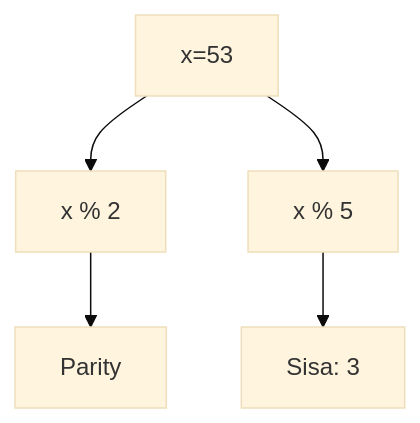
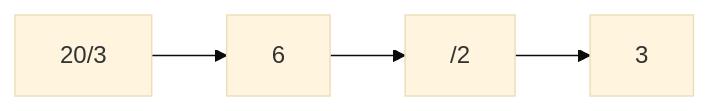
The fifth of 25 diagrams in part-c-pemahaman-cpp/03-perulangan/latihan/set-11.md (amnahwaida/OSNK_INF_PREP), drawn with Mermaid (base theme) before and after one commit. The commit also changed other lines of this file and 71 other files, not shown here.

Commit message:
Fixed Mermaid syntax lexical errors with quoted labels in 1,800 questions

````diff
--- a/part-c-pemahaman-cpp/03-perulangan/latihan/set-11.md
+++ b/part-c-pemahaman-cpp/03-perulangan/latihan/set-11.md
@@ -85,7 +148,6 @@
 ```mermaid
-graph TD
-A[x=53] --> B[x % 2]
-B --> C[Parity]
-A --> D[x % 5]
-D --> E[Sisa: 3]
+graph LR
+A["20/3"] --> B["6"]
+B --> C["/2"]
+C --> D["3"]
 ```
````
